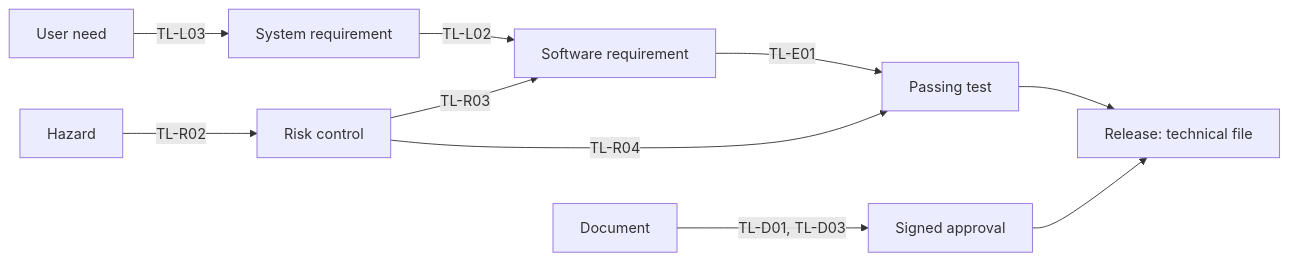
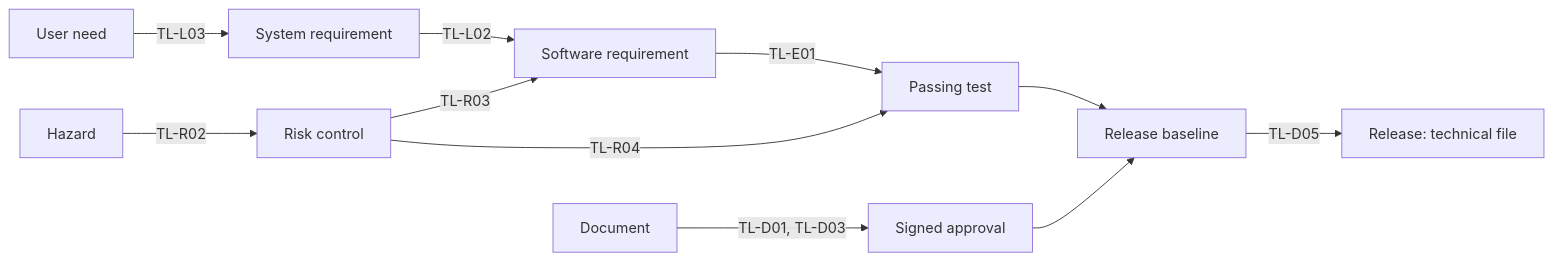
The diagram in README.md (JFrusher/Threadline), drawn with Mermaid before and after one commit. The commit also changed other lines of this file and 11 other files, not shown here.

First line of the commit message:
docs: bring docs in line with main's signer chain, baselines and release flow

````diff
--- a/README.md
+++ b/README.md
@@ -92,12 +77,13 @@
 ```mermaid
 flowchart LR
   UN[User need] -->|TL-L03| SYS[System requirement]
   SYS -->|TL-L02| SRS[Software requirement]
   HAZ[Hazard] -->|TL-R02| RC[Risk control]
   RC -->|TL-R03| SRS
   SRS -->|TL-E01| TEST[Passing test]
   RC -->|TL-R04| TEST
   DOC[Document] -->|TL-D01, TL-D03| APR[Signed approval]
-  TEST --> REL[Release: technical file]
-  APR --> REL
+  TEST --> BL[Release baseline]
+  APR --> BL
+  BL -->|TL-D05| REL[Release: technical file]
 ```
````
